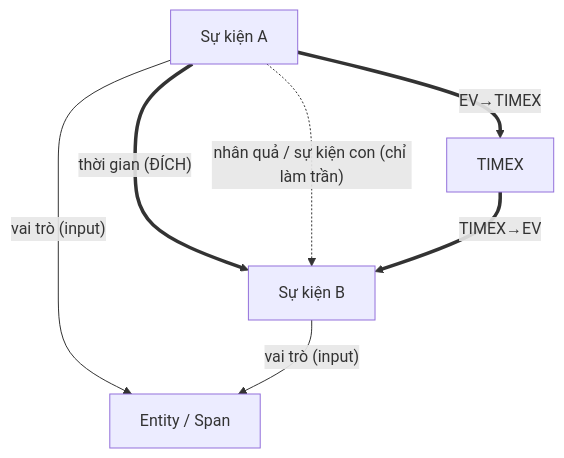
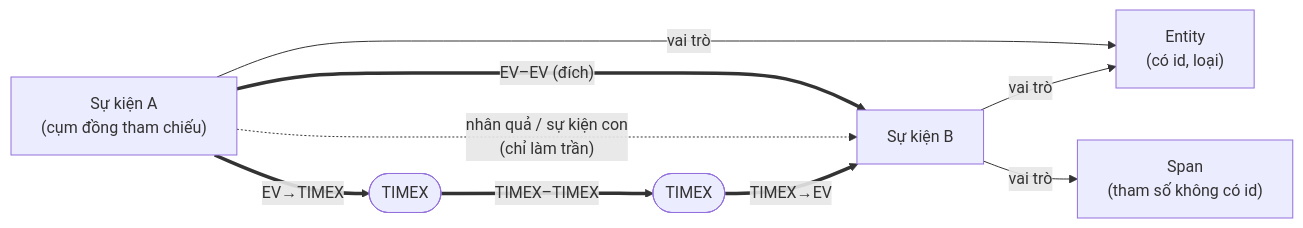
One commit to Pigeon102/TempEKG changed the second of 6 diagrams in report/TEMPEKG_KIEN_TRUC.md. Above: the diagram before and after it, drawn with Mermaid. The commit also changed other lines of this file and 15 other files, not shown here.

````diff
--- a/report/TEMPEKG_KIEN_TRUC.md
+++ b/report/TEMPEKG_KIEN_TRUC.md
@@ -107,9 +107,17 @@
 ```mermaid
-flowchart TB
-    A["Sự kiện A"] -->|"vai trò (input)"| X["Entity / Span"]
-    B["Sự kiện B"] -->|"vai trò (input)"| X
-    A ==>|"thời gian (ĐÍCH)"| B
-    A -.->|"nhân quả / sự kiện con (chỉ làm trần)"| B
-    A ==>|"EV→TIMEX"| T["TIMEX"]
-    T ==>|"TIMEX→EV"| B
+flowchart LR
+    X["Entity<br/>(có id, loại)"]
+    S["Span<br/>(tham số không có id)"]
+    A["Sự kiện A<br/>(cụm đồng tham chiếu)"]
+    B["Sự kiện B"]
+    T1(["TIMEX"])
+    T2(["TIMEX"])
+    A -->|"vai trò"| X
+    B -->|"vai trò"| X
+    B -->|"vai trò"| S
+    A ==>|"EV–EV (đích)"| B
+    A -.->|"nhân quả / sự kiện con<br/>(chỉ làm trần)"| B
+    A ==>|"EV→TIMEX"| T1
+    T2 ==>|"TIMEX→EV"| B
+    T1 ==>|"TIMEX–TIMEX"| T2
 ```
````
